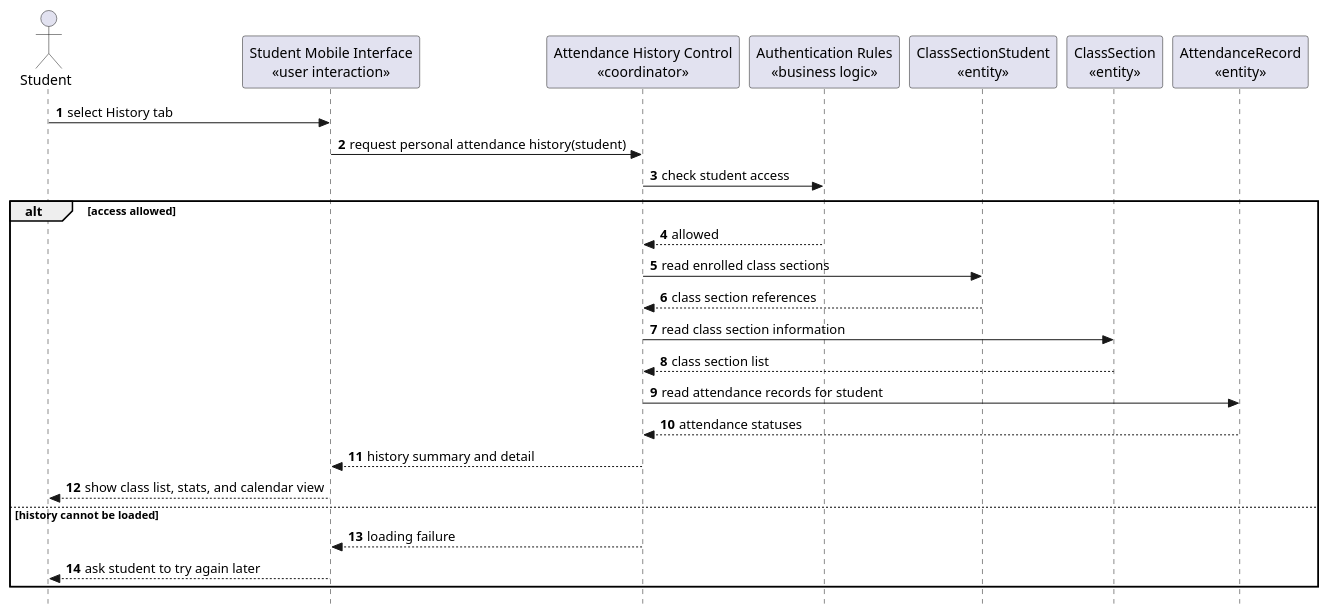
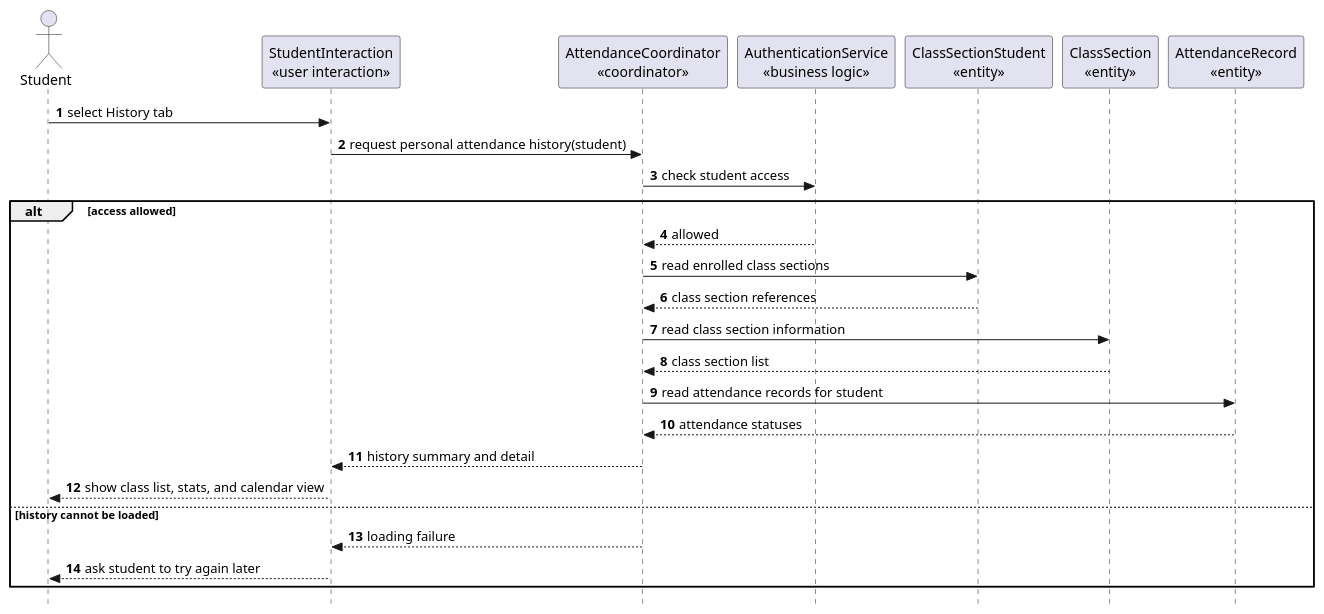
Diagram 11 of 29 in docs/sds/2_Analysis.md (nttung42/SWD392), drawn with PlantUML before and after one commit. The commit also changed other lines of this file and 5 other files, not shown here.

````diff
--- a/docs/sds/2_Analysis.md
+++ b/docs/sds/2_Analysis.md
@@ -583,32 +573,32 @@
 ```plantuml
 @startuml
 skinparam style strictuml
 autonumber
 actor "Student" as Student
-participant "Student Mobile Interface\n«user interaction»" as StudentUI
-participant "Attendance History Control\n«coordinator»" as HistoryControl
-participant "Authentication Rules\n«business logic»" as AuthRules
+participant "StudentInteraction\n«user interaction»" as StudentUI
+participant "AttendanceCoordinator\n«coordinator»" as HistoryControl
+participant "AuthenticationService\n«business logic»" as AuthRules
 participant "ClassSectionStudent\n«entity»" as ClassSectionStudent
 participant "ClassSection\n«entity»" as ClassSection
 participant "AttendanceRecord\n«entity»" as AttendanceRecord
 
 Student -> StudentUI : select History tab
 StudentUI -> HistoryControl : request personal attendance history(student)
 HistoryControl -> AuthRules : check student access
 
 alt access allowed
   AuthRules --> HistoryControl : allowed
   HistoryControl -> ClassSectionStudent : read enrolled class sections
   ClassSectionStudent --> HistoryControl : class section references
   HistoryControl -> ClassSection : read class section information
   ClassSection --> HistoryControl : class section list
   HistoryControl -> AttendanceRecord : read attendance records for student
   AttendanceRecord --> HistoryControl : attendance statuses
   HistoryControl --> StudentUI : history summary and detail
   StudentUI --> Student : show class list, stats, and calendar view
 else history cannot be loaded
   HistoryControl --> StudentUI : loading failure
   StudentUI --> Student : ask student to try again later
 end
 @enduml
 ```
````
